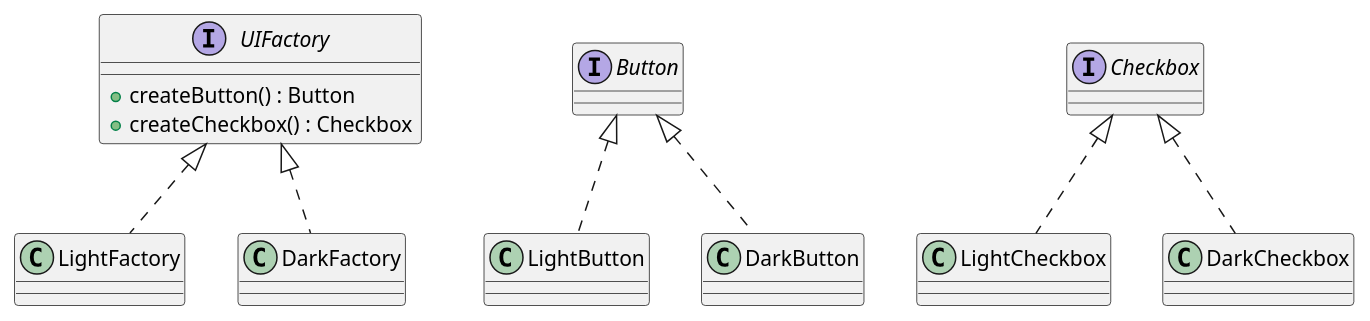
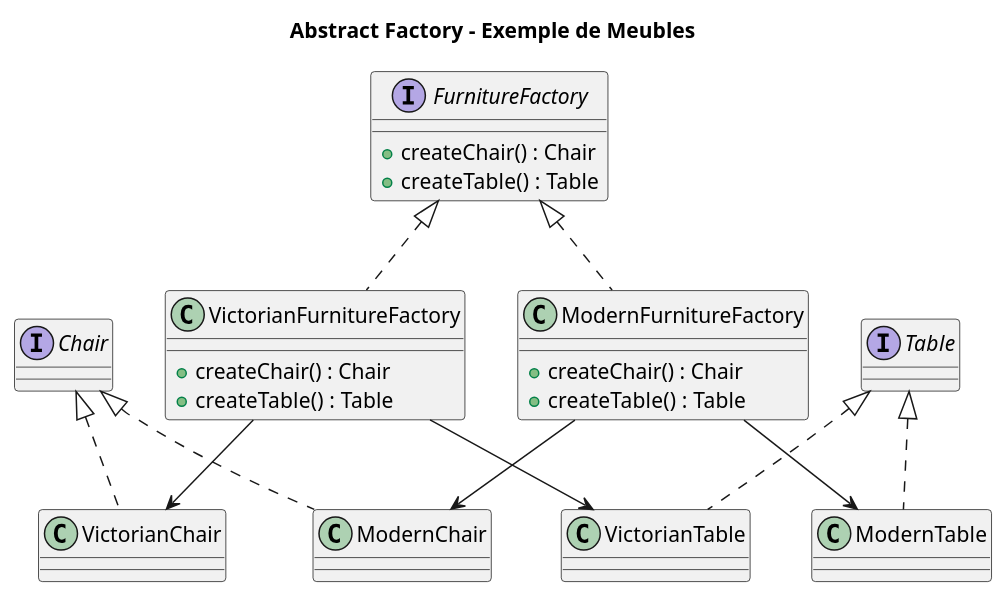
The fifth of 23 diagrams in Preparation Exam/Prepa du CC 25-09-2025/Prepa Back du CC 25-09-2025.md (adamelhorri/COURS-M2-MIAGE-IPM), drawn with PlantUML before and after one commit. The commit also changed other lines of this file and 14 other files, not shown here.

````diff
--- a/Preparation Exam/Prepa du CC 25-09-2025/Prepa Back du CC 25-09-2025.md
+++ b/Preparation Exam/Prepa du CC 25-09-2025/Prepa Back du CC 25-09-2025.md
@@ -100,24 +84,48 @@
 ```plantuml
 @startuml
-interface UIFactory {
-  + createButton() : Button
-  + createCheckbox() : Checkbox
+title Abstract Factory - Exemple de Meubles
+
+' --- Fabrique Abstraite ---
+interface FurnitureFactory {
+  + createChair() : Chair
+  + createTable() : Table
 }
-interface Button
-interface Checkbox
 
-class LightFactory
-class DarkFactory
-class LightButton
-class DarkButton
-class LightCheckbox
-class DarkCheckbox
+' --- Fabriques concrètes ---
+class VictorianFurnitureFactory {
+  + createChair() : Chair
+  + createTable() : Table
+}
+class ModernFurnitureFactory {
+  + createChair() : Chair
+  + createTable() : Table
+}
 
-UIFactory <|.. LightFactory
-UIFactory <|.. DarkFactory
-Button <|.. LightButton
-Button <|.. DarkButton
-Checkbox <|.. LightCheckbox
-Checkbox <|.. DarkCheckbox
+FurnitureFactory <|.. VictorianFurnitureFactory
+FurnitureFactory <|.. ModernFurnitureFactory
+
+' --- Produits Abstraits ---
+interface Chair
+interface Table
+
+' --- Produits Concrets ---
+class VictorianChair
+class VictorianTable
+class ModernChair
+class ModernTable
+
+Chair <|.. VictorianChair
+Chair <|.. ModernChair
+
+Table <|.. VictorianTable
+Table <|.. ModernTable
+
+' --- Relations de création ---
+VictorianFurnitureFactory --> VictorianChair
+VictorianFurnitureFactory --> VictorianTable
+
+ModernFurnitureFactory --> ModernChair
+ModernFurnitureFactory --> ModernTable
 @enduml
+
 ```
````
